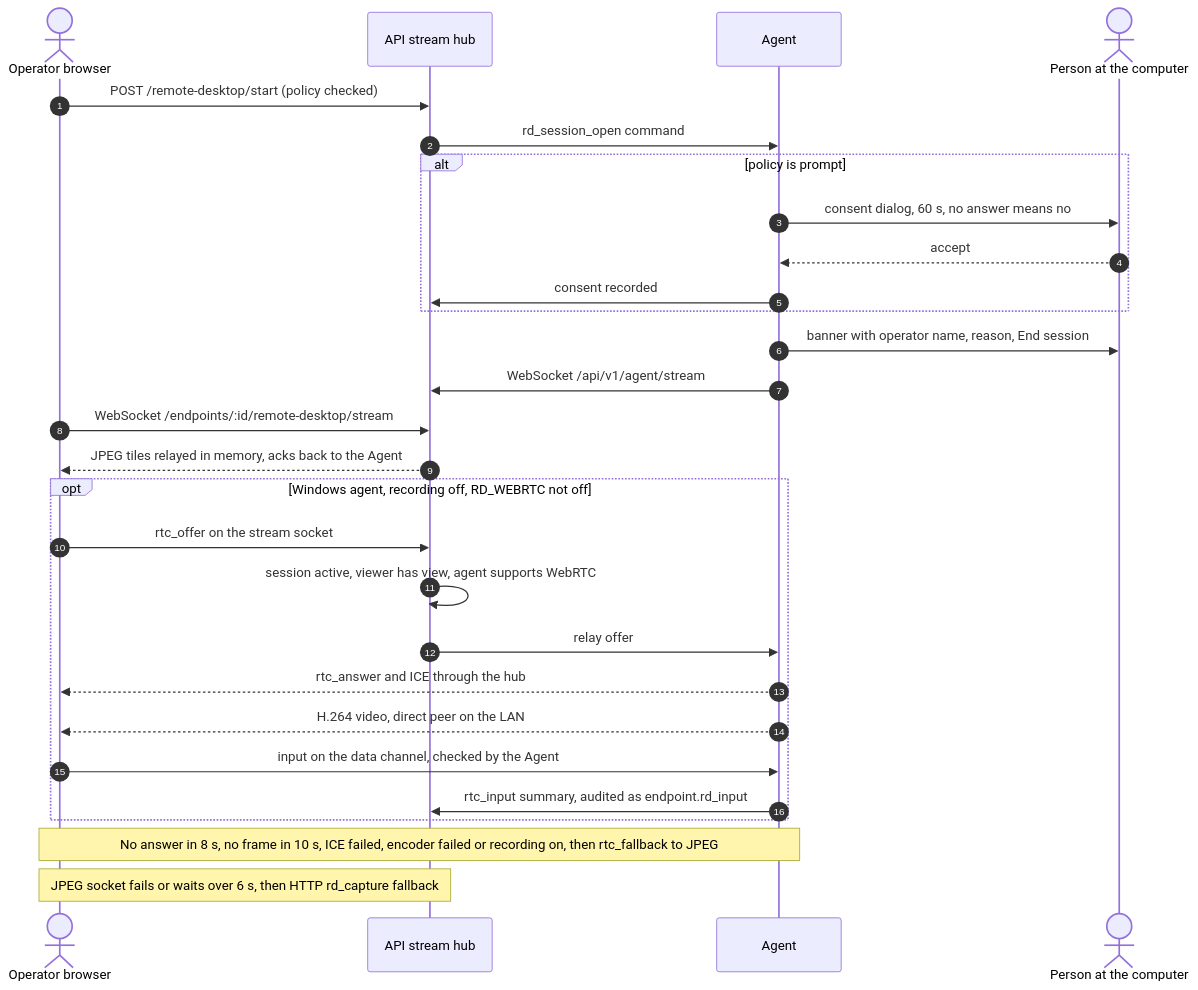
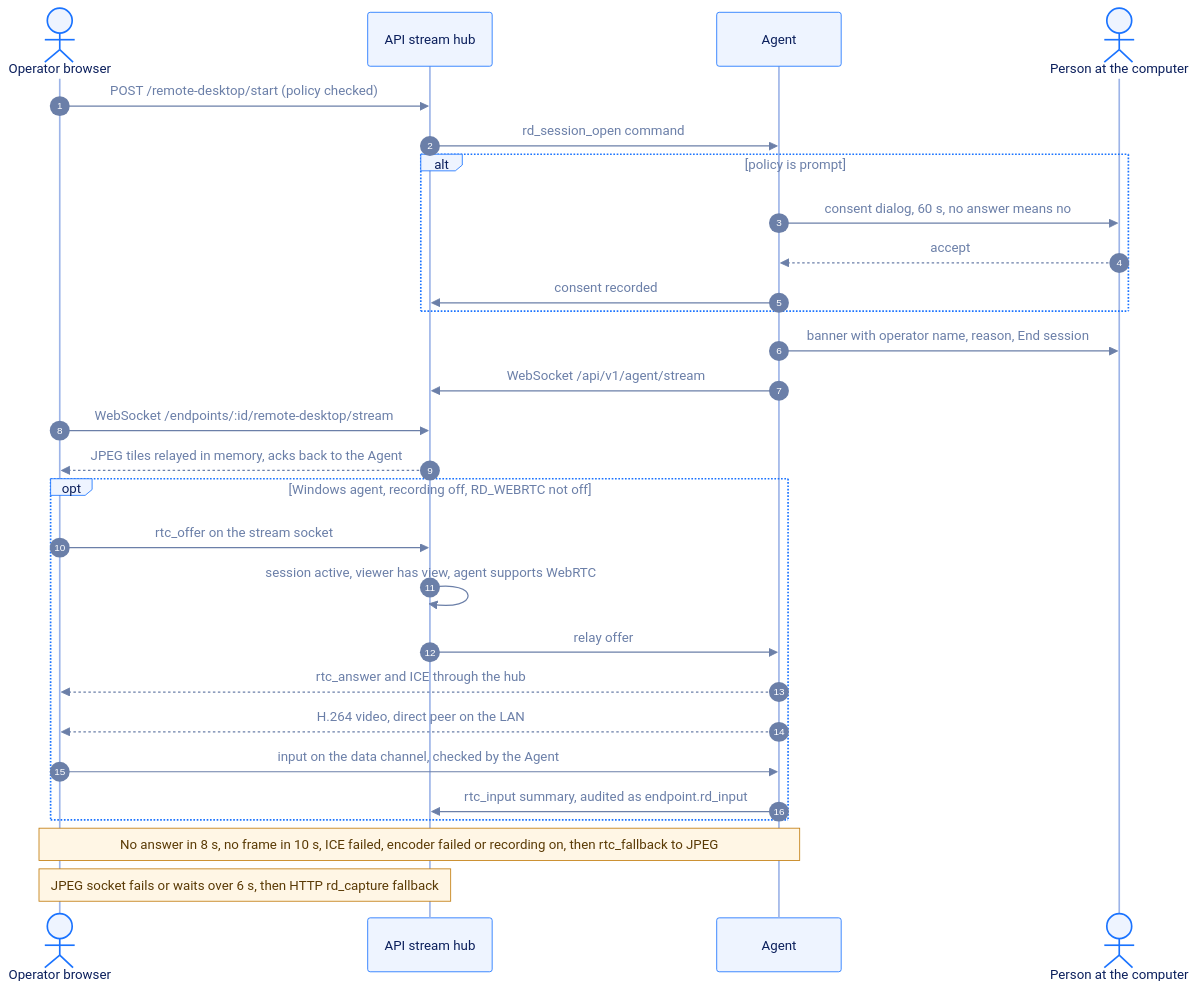
Before and after one commit to MKhattab7050/nigafiy-platform: the fifth of 11 diagrams in docs/architecture/flowcharts.md, drawn with Mermaid. The commit also changed other lines of this file, not shown here.

First line of the commit message:
Flowcharts: brand-themed Mermaid and the illustrated figures on top of the key sections

````diff
--- a/docs/architecture/flowcharts.md
+++ b/docs/architecture/flowcharts.md
@@ -200,30 +254,31 @@
 ```mermaid
+%%{init: {"theme": "base", "themeVariables": {"fontFamily": "-apple-system, BlinkMacSystemFont, Segoe UI, Noto Sans, Helvetica, Arial, sans-serif", "fontSize": "14px", "primaryColor": "#EEF4FF", "primaryTextColor": "#0B1F5C", "primaryBorderColor": "#1A73FF", "secondaryColor": "#F3F6FC", "tertiaryColor": "#FFFFFF", "lineColor": "#6B7FA8", "textColor": "#6B7FA8", "titleColor": "#6B7FA8", "clusterBkg": "#F7F9FE", "clusterBorder": "#9DB4E8", "edgeLabelBackground": "#F3F6FC", "actorBkg": "#EEF4FF", "actorBorder": "#1A73FF", "actorTextColor": "#0B1F5C", "actorLineColor": "#9DB4E8", "signalColor": "#6B7FA8", "signalTextColor": "#6B7FA8", "labelBoxBkgColor": "#EEF4FF", "labelBoxBorderColor": "#1A73FF", "labelTextColor": "#0B1F5C", "loopTextColor": "#6B7FA8", "noteBkgColor": "#FFF6E5", "noteBorderColor": "#C27C0E", "noteTextColor": "#5A3A05", "activationBkgColor": "#DCE8FF", "activationBorderColor": "#1A73FF", "sequenceNumberColor": "#FFFFFF"}, "flowchart": {"curve": "basis", "padding": 12}}}%%
 sequenceDiagram
   autonumber
   actor Op as Operator browser
   participant Hub as API stream hub
   participant Agent as Agent
   actor User as Person at the computer
   Op->>Hub: POST /remote-desktop/start (policy checked)
   Hub->>Agent: rd_session_open command
   alt policy is prompt
     Agent->>User: consent dialog, 60 s, no answer means no
     User-->>Agent: accept
     Agent->>Hub: consent recorded
   end
   Agent->>User: banner with operator name, reason, End session
   Agent->>Hub: WebSocket /api/v1/agent/stream
   Op->>Hub: WebSocket /endpoints/:id/remote-desktop/stream
   Hub-->>Op: JPEG tiles relayed in memory, acks back to the Agent
   opt Windows agent, recording off, RD_WEBRTC not off
     Op->>Hub: rtc_offer on the stream socket
     Hub->>Hub: session active, viewer has view, agent supports WebRTC
     Hub->>Agent: relay offer
     Agent-->>Op: rtc_answer and ICE through the hub
     Agent-->>Op: H.264 video, direct peer on the LAN
     Op->>Agent: input on the data channel, checked by the Agent
     Agent->>Hub: rtc_input summary, audited as endpoint.rd_input
   end
   Note over Op,Agent: No answer in 8 s, no frame in 10 s, ICE failed, encoder failed or recording on, then rtc_fallback to JPEG
   Note over Op,Hub: JPEG socket fails or waits over 6 s, then HTTP rd_capture fallback
 ```
````
